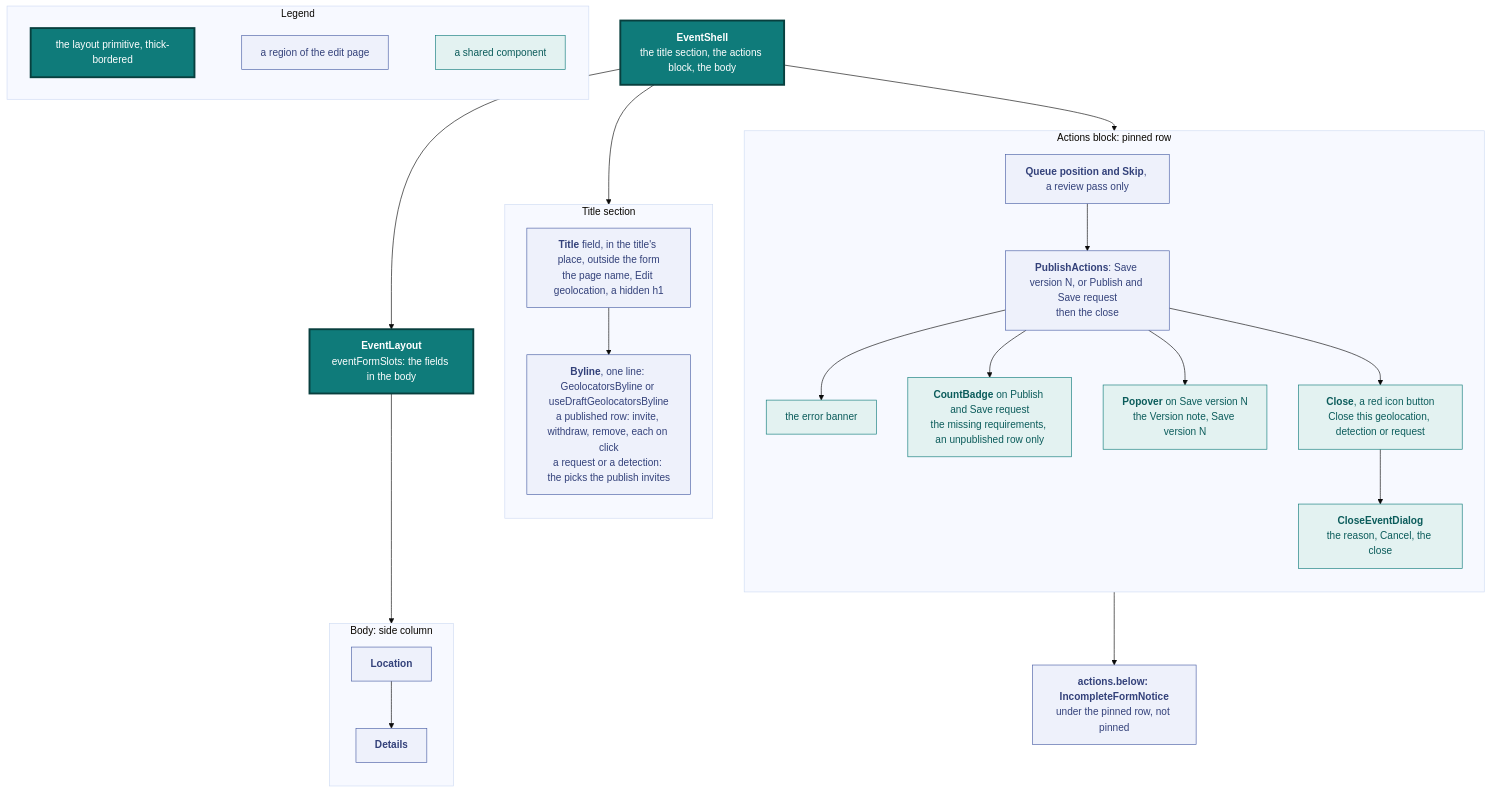
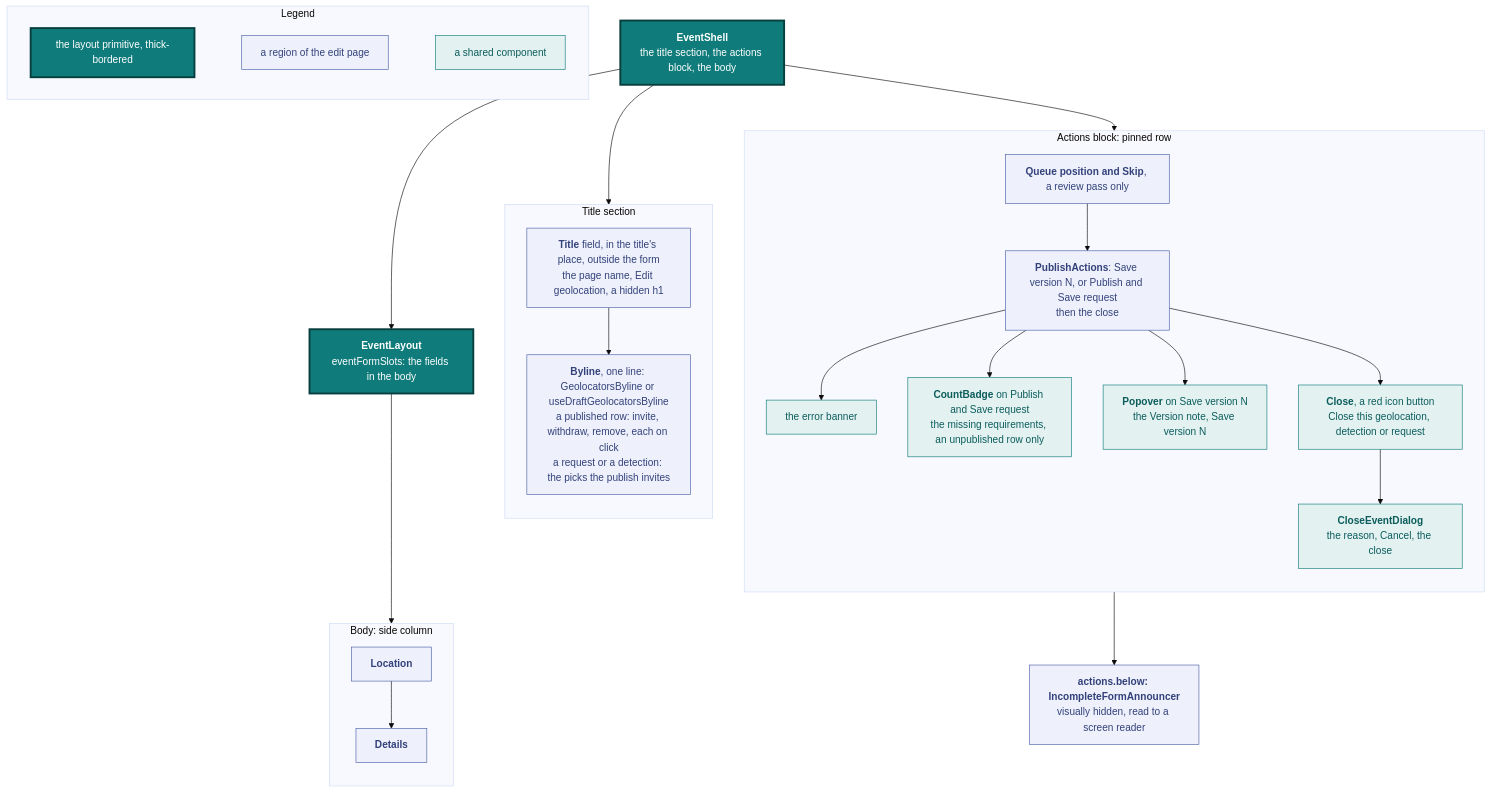
One commit to vidithq/vidit changed diagram 11 of 15 in docs/design.md. Above: the diagram before and after it, drawn with Mermaid (base theme). The commit also changed other lines of this file and 28 other files, not shown here.

````diff
--- a/docs/design.md
+++ b/docs/design.md
@@ -1044,63 +1044,63 @@
 ```mermaid
 flowchart TB
   classDef spec fill:#eef1fb,stroke:#4a5fa5,color:#33417a
   classDef shared fill:#e3f2f1,stroke:#0f7b7a,color:#0b5c5b
   classDef core fill:#0f7b7a,stroke:#083f3e,stroke-width:3px,color:#ffffff
 
   subgraph legend [Legend]
     direction LR
     l1["`the layout primitive, thick-bordered`"]:::core
     l2["`a region of the edit page`"]:::spec
     l3["`a shared component`"]:::shared
     l1 ~~~ l2 ~~~ l3
   end
 
   shell["`**EventShell**
   the title section, the actions block, the body`"]:::core
   layout["`**EventLayout**
   eventFormSlots: the fields in the body`"]:::core
 
   subgraph titlesection [Title section]
     direction TB
     title["`**Title** field, in the title's place, outside the form
     the page name, Edit geolocation, a hidden h1`"]:::spec
     byline["`**Byline**, one line: GeolocatorsByline or useDraftGeolocatorsByline
     a published row: invite, withdraw, remove, each on click
     a request or a detection: the picks the publish invites`"]:::spec
     title --> byline
   end
 
   subgraph rail [Actions block: pinned row]
     direction TB
     queue["`**Queue position and Skip**, a review pass only`"]:::spec
     actions["`**PublishActions**: Save version N, or Publish and Save request
     then the close`"]:::spec
     count["`**CountBadge** on Publish and Save request
     the missing requirements, an unpublished row only`"]:::shared
     banner["`the error banner`"]:::shared
     popover["`**Popover** on Save version N
     the Version note, Save version N`"]:::shared
     close["`**Close**, a red icon button
     Close this geolocation, detection or request`"]:::shared
     dialog["`**CloseEventDialog**
     the reason, Cancel, the close`"]:::shared
     queue --> actions --> banner
     actions --> count
     actions --> popover
     actions --> close --> dialog
   end
 
-  note["`**actions.below: IncompleteFormNotice**
-  under the pinned row, not pinned`"]:::spec
+  note["`**actions.below: IncompleteFormAnnouncer**
+  visually hidden, read to a screen reader`"]:::spec
 
   subgraph side [Body: side column]
     direction TB
     location["`**Location**`"]:::spec
     details["`**Details**`"]:::spec
     location --> details
   end
 
   shell --> titlesection
   shell --> rail --> note
   shell --> layout --> side
 ```
````
